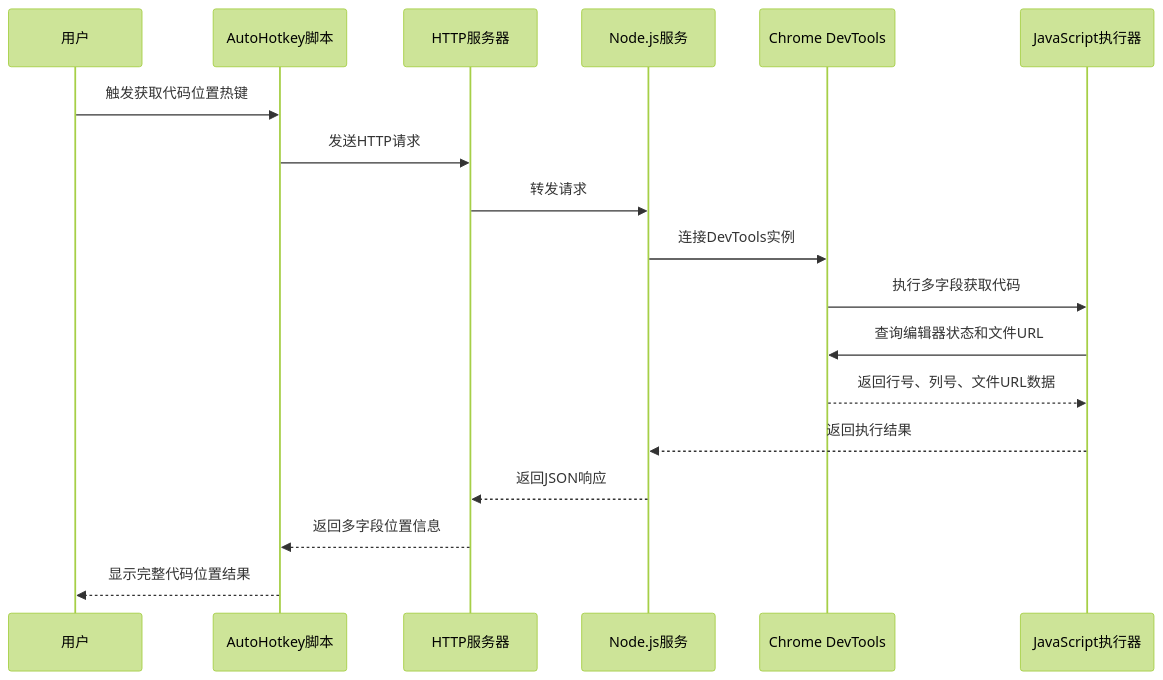
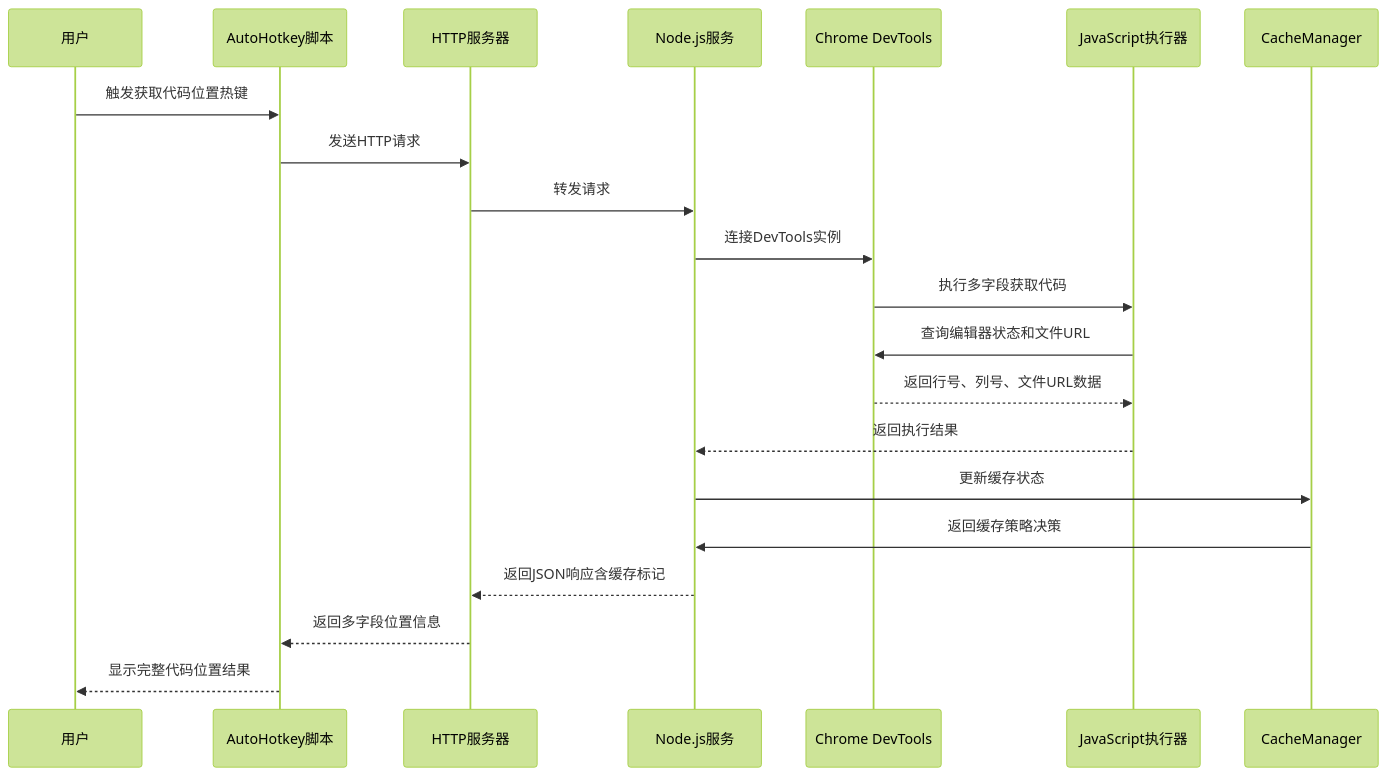
Before and after one commit to wangys-123doit/hotkey: the fourth of 11 diagrams in .qoder/repowiki/zh/content/外部工具集成/Node.js桥接工具.md, drawn with Mermaid (forest theme). The commit also changed other lines of this file and 9 other files, not shown here.

````diff
--- a/.qoder/repowiki/zh/content/外部工具集成/Node.js桥接工具.md
+++ b/.qoder/repowiki/zh/content/外部工具集成/Node.js桥接工具.md
@@ -223,20 +305,22 @@
 ```mermaid
 sequenceDiagram
 participant User as 用户
 participant AHK as AutoHotkey脚本
 participant HTTP as HTTP服务器
 participant Node as Node.js服务
 participant CDP as Chrome DevTools
 participant JS as JavaScript执行器
 User->>AHK : 触发获取代码位置热键
 AHK->>HTTP : 发送HTTP请求
 HTTP->>Node : 转发请求
 Node->>CDP : 连接DevTools实例
 CDP->>JS : 执行多字段获取代码
 JS->>CDP : 查询编辑器状态和文件URL
 CDP-->>JS : 返回行号、列号、文件URL数据
 JS-->>Node : 返回执行结果
-Node-->>HTTP : 返回JSON响应
+Node->>CacheManager : 更新缓存状态
+CacheManager->>Node : 返回缓存策略决策
+Node-->>HTTP : 返回JSON响应含缓存标记
 HTTP-->>AHK : 返回多字段位置信息
 AHK-->>User : 显示完整代码位置结果
 ```
````
